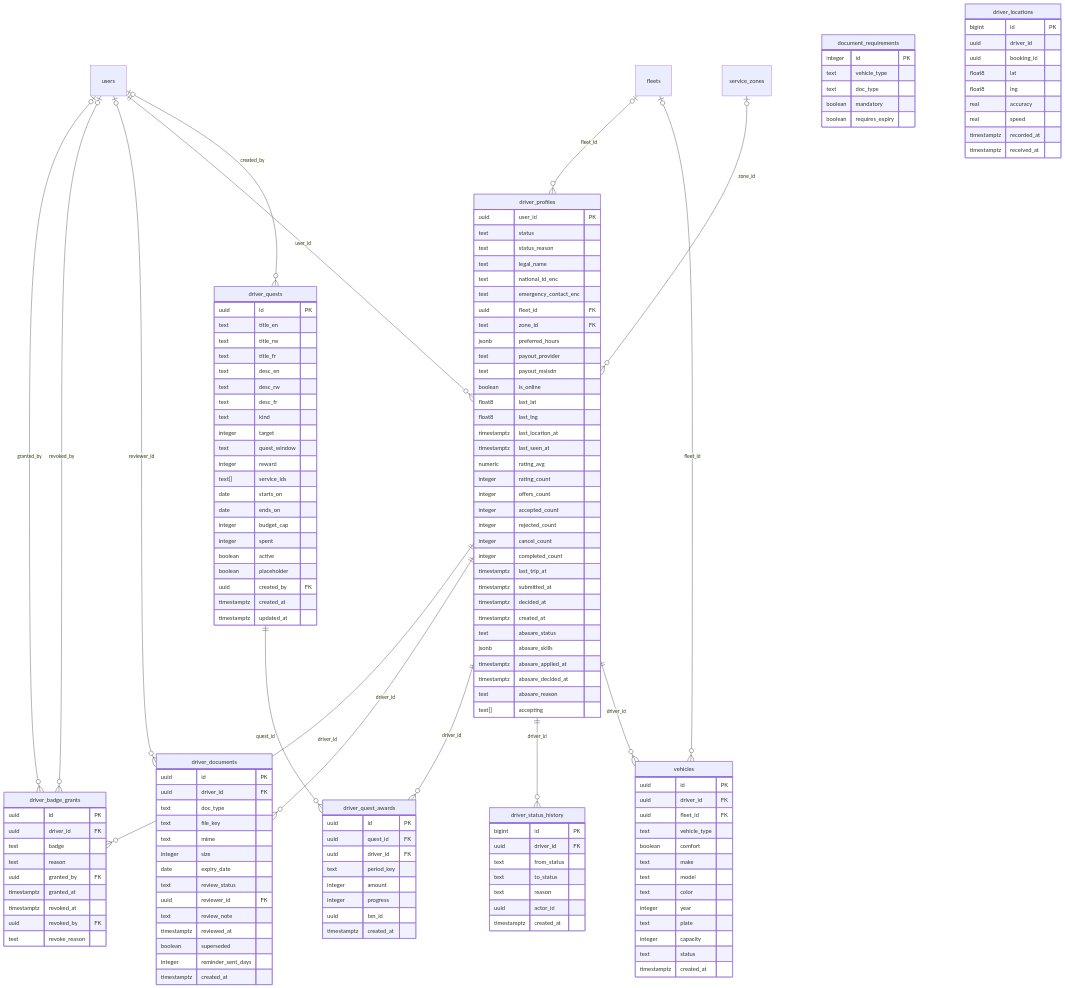
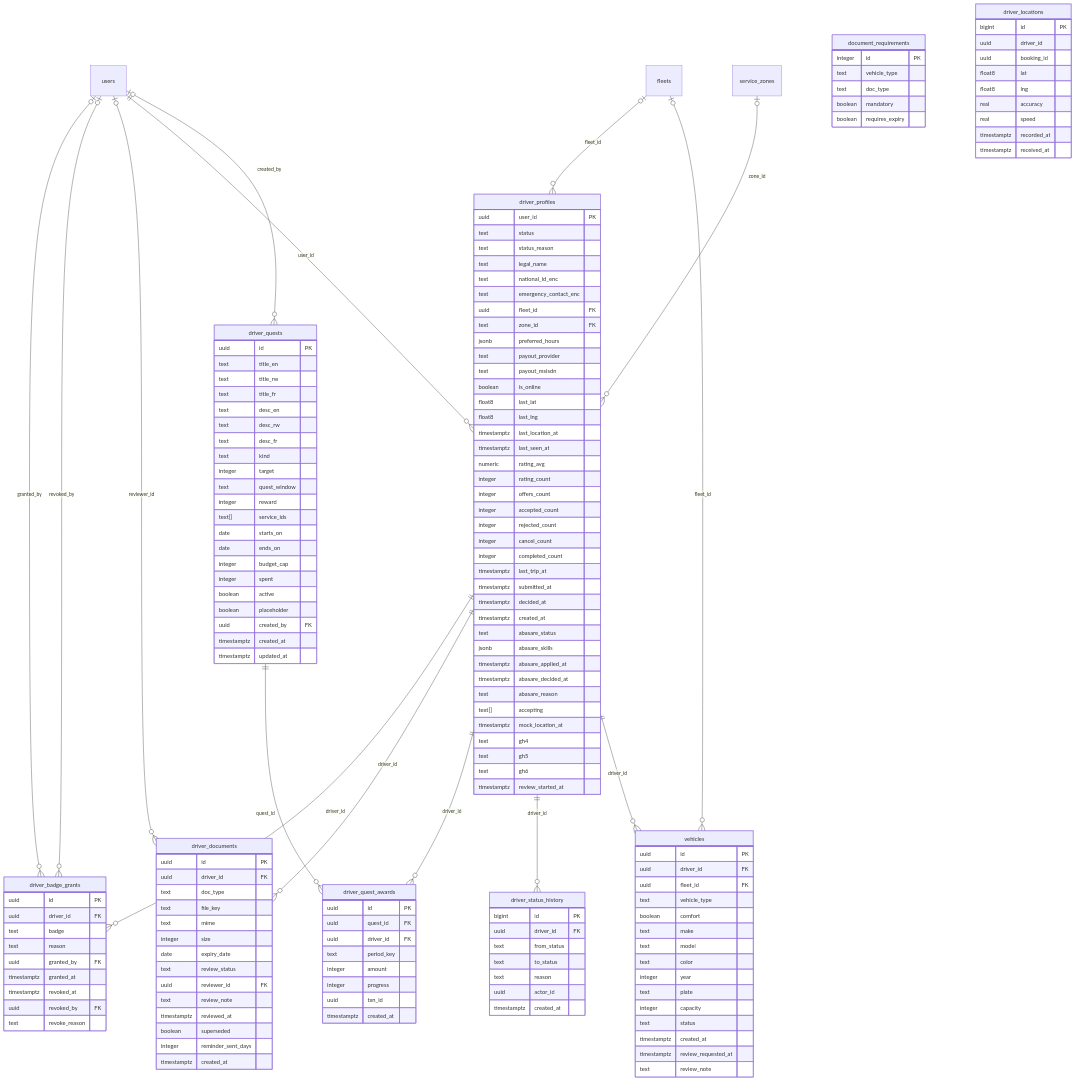
One commit to Eribangi05/haifa-bms changed the fourth of 10 diagrams in rwanda-mobility/docs/ERD.md. Above: the diagram before and after it, drawn with Mermaid. The commit also changed other lines of this file and 164 other files, not shown here.

```diff
--- a/rwanda-mobility/docs/ERD.md
+++ b/rwanda-mobility/docs/ERD.md
@@ -640,6 +658,11 @@
     timestamptz abasare_decided_at
     text abasare_reason
     text[] accepting
+    timestamptz mock_location_at
+    text gh4
+    text gh5
+    text gh6
+    timestamptz review_started_at
   }
   driver_documents {
     uuid id PK
@@ -687,6 +710,8 @@
     integer capacity
     text status
     timestamptz created_at
+    timestamptz review_requested_at
+    text review_note
   }
   driver_locations {
     bigint id PK
```
